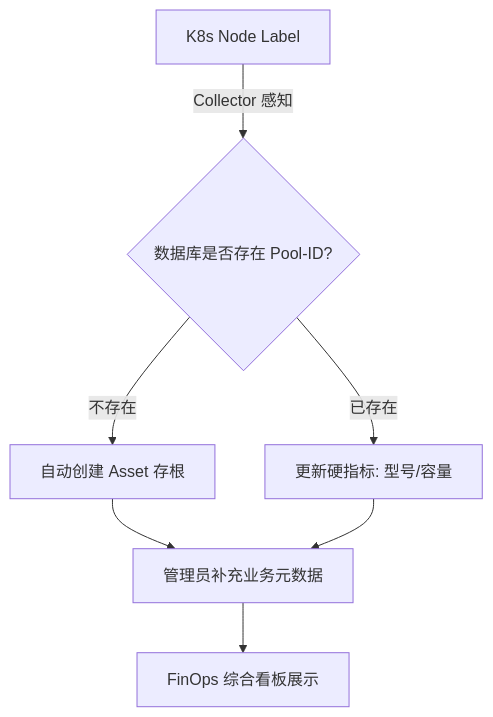
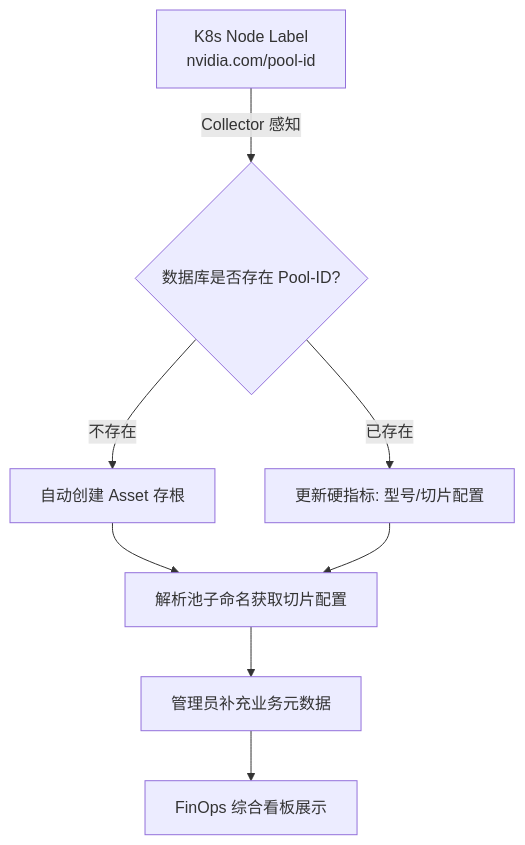
Before and after one commit to qin8948050/AIPower-Efficiency-Pilot: the diagram in docs/resource_pool_management_logic.md, drawn with Mermaid. The commit also changed other lines of this file and 11 other files, not shown here.

````diff
--- a/docs/resource_pool_management_logic.md
+++ b/docs/resource_pool_management_logic.md
@@ -8,9 +23,10 @@
 ```mermaid
 graph TD
-    A[K8s Node Label] -->|Collector 感知| B{数据库是否存在 Pool-ID?}
+    A[K8s Node Label<br/>nvidia.com/pool-id] -->|Collector 感知| B{数据库是否存在 Pool-ID?}
     B -->|不存在| C[自动创建 Asset 存根]
-    B -->|已存在| D[更新硬指标: 型号/容量]
-    C --> E[管理员补充业务元数据]
+    B -->|已存在| D[更新硬指标: 型号/切片配置]
+    C --> E[解析池子命名获取切片配置]
     D --> E
-    E --> F[FinOps 综合看板展示]
+    E --> F[管理员补充业务元数据]
+    F --> G[FinOps 综合看板展示]
 ```
````
